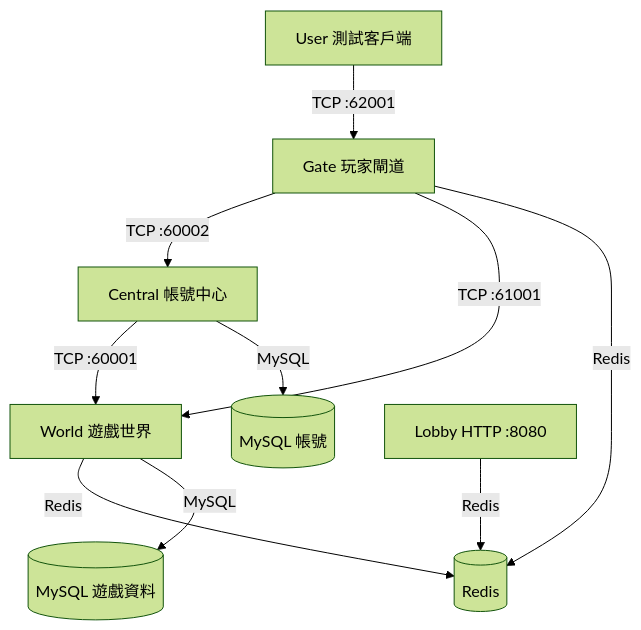
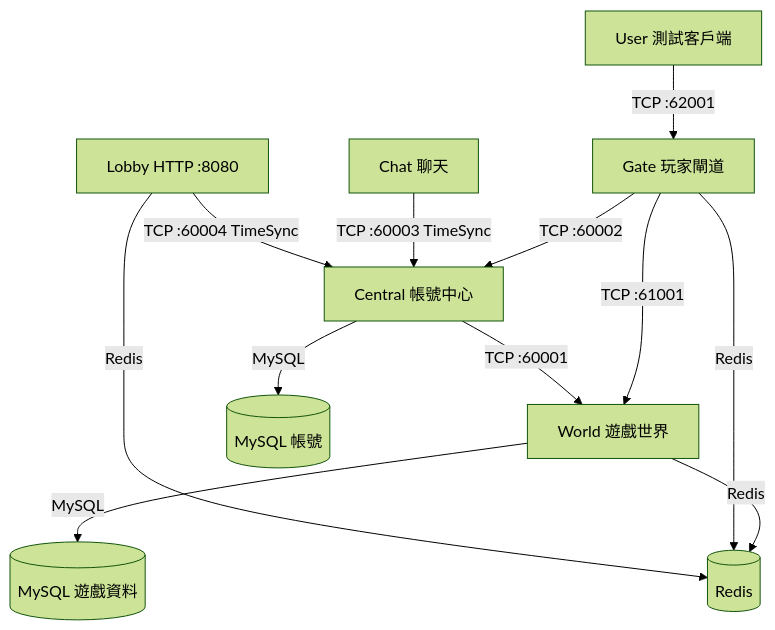
One commit to koebel0521/docs changed the first of 2 diagrams in 00-導讀/模組關係.md. Above: the diagram before and after it, drawn with Mermaid (forest theme). The commit also changed other lines of this file and 9 other files, not shown here.

First line of the commit message:
docs: 時間統一規則、Chat／Lobby 連 Central 拓撲、NTP 與告警、審查紀錄補時間統一一節

````diff
--- a/00-導讀/模組關係.md
+++ b/00-導讀/模組關係.md
@@ -10,12 +10,14 @@
 ```mermaid
 graph TD
     User["User 測試客戶端"] -->|TCP :62001| Gate
     Gate["Gate 玩家閘道"] -->|TCP :60002| Central
     Gate -->|TCP :61001| World
     Central["Central 帳號中心"] -->|TCP :60001| World["World 遊戲世界"]
+    Chat["Chat 聊天"] -->|TCP :60003 TimeSync| Central
+    Lobby -->|TCP :60004 TimeSync| Central
     Central -->|MySQL| DB[(MySQL 帳號)]
     World -->|Redis| Cache[(Redis)]
     World -->|MySQL| GameDB[(MySQL 遊戲資料)]
     Gate -->|Redis| Cache
     Lobby["Lobby HTTP :8080"] -->|Redis| Cache
 ```
````
